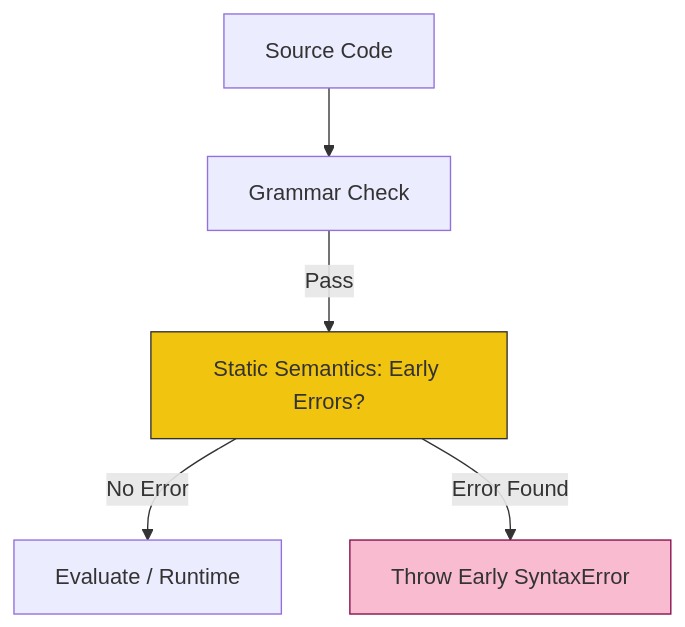
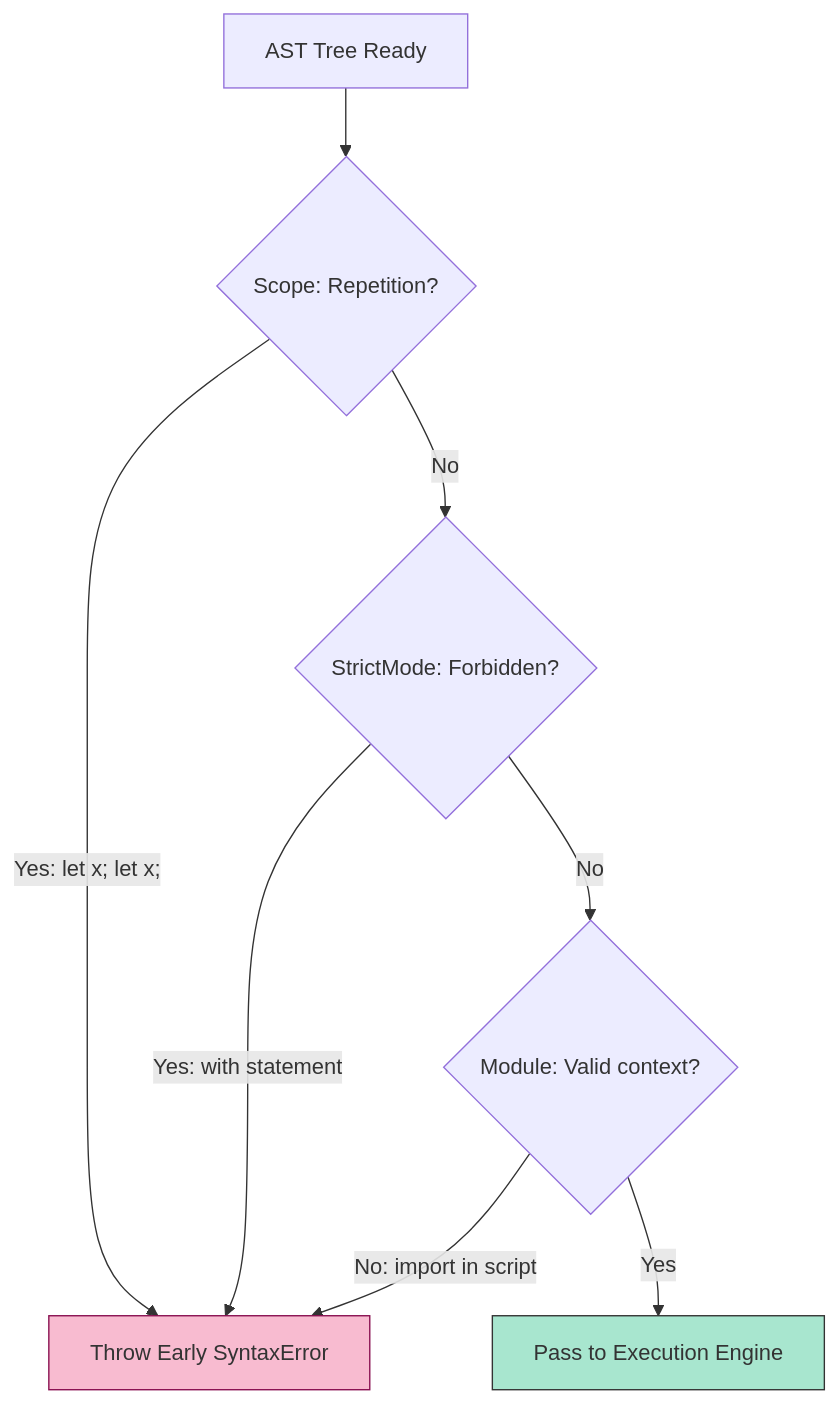
One commit to syahputrawork98-sketch/JavaScript-Learning-Hub changed the diagram in RAK-04-core-specification/SR-01-spec-algorithm-conventions/BK-04_StaticSemanticRules/CH-01_StaticSemantics/README.md. Above: the diagram before and after it, drawn with Mermaid. The commit also changed other lines of this file and 12 other files, not shown here.

````diff
--- a/RAK-04-core-specification/SR-01-spec-algorithm-conventions/BK-04_StaticSemanticRules/CH-01_StaticSemantics/README.md
+++ b/RAK-04-core-specification/SR-01-spec-algorithm-conventions/BK-04_StaticSemanticRules/CH-01_StaticSemantics/README.md
@@ -23,10 +24,13 @@
 ```mermaid
 graph TD
-    Code[Source Code] --> G[Grammar Check]
-    G -->|Pass| SS[Static Semantics: Early Errors?]
-    SS -->|No Error| RT[Evaluate / Runtime]
-    SS -->|Error Found| Stop[Throw Early SyntaxError]
+    Parsed[AST Tree Ready] --> Check1{Scope: Repetition?}
+    Check1 -->|Yes: let x; let x;| Err[Throw Early SyntaxError]
+    Check1 -->|No| Check2{StrictMode: Forbidden?}
+    Check2 -->|Yes: with statement| Err
+    Check2 -->|No| Check3{Module: Valid context?}
+    Check3 -->|No: import in script| Err
+    Check3 -->|Yes| Success[Pass to Execution Engine]
     
-    style SS fill:#f1c40f,stroke:#333
-    style Stop fill:#f8bbd0,stroke:#880e4f
+    style Success fill:#a8e6cf,stroke:#333
+    style Err fill:#f8bbd0,stroke:#880e4f
 ```
````
